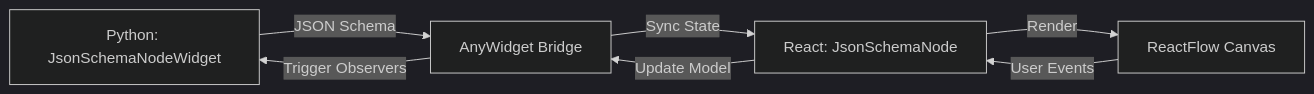
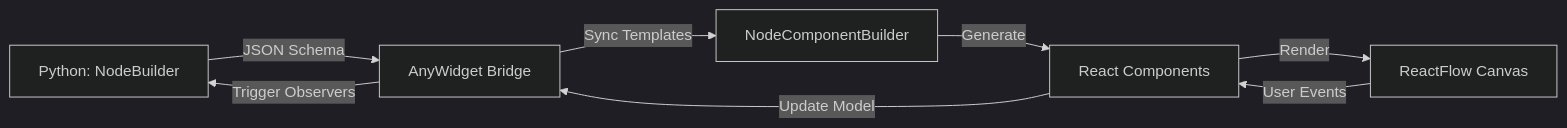
Before and after one commit to HenningScheufler/pynodewidget: the diagram in docs/developer/index.md, drawn with Mermaid (dark theme). The commit also changed other lines of this file and 4 other files, not shown here.

````diff
--- a/docs/developer/index.md
+++ b/docs/developer/index.md
@@ -28,9 +28,10 @@
 ```mermaid
 graph LR
-    A[Python: JsonSchemaNodeWidget] -->|JSON Schema| B[AnyWidget Bridge]
-    B -->|Sync State| C[React: JsonSchemaNode]
-    C -->|Render| D[ReactFlow Canvas]
-    D -->|User Events| C
-    C -->|Update Model| B
+    A[Python: NodeBuilder] -->|JSON Schema| B[AnyWidget Bridge]
+    B -->|Sync Templates| C[NodeComponentBuilder]
+    C -->|Generate| D[React Components]
+    D -->|Render| E[ReactFlow Canvas]
+    E -->|User Events| D
+    D -->|Update Model| B
     B -->|Trigger Observers| A
 ```
````
